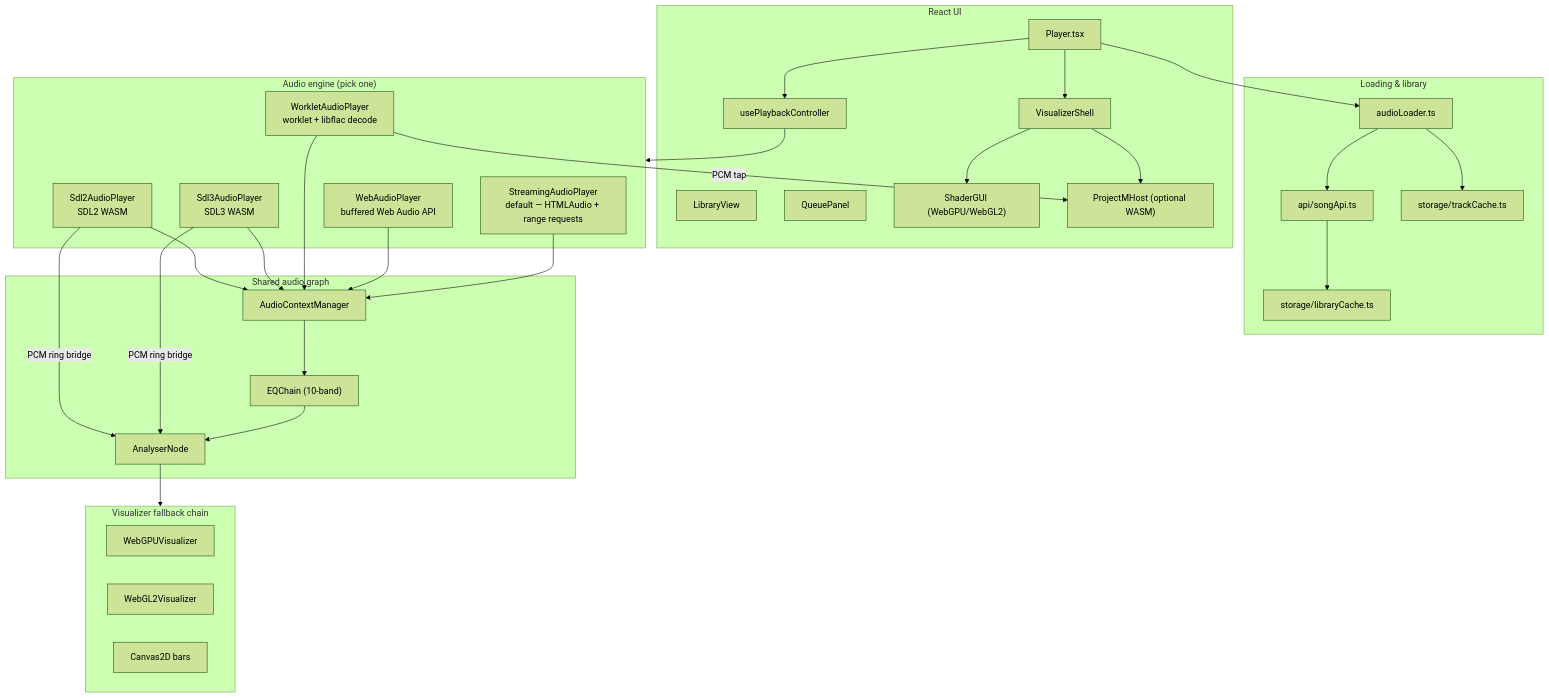
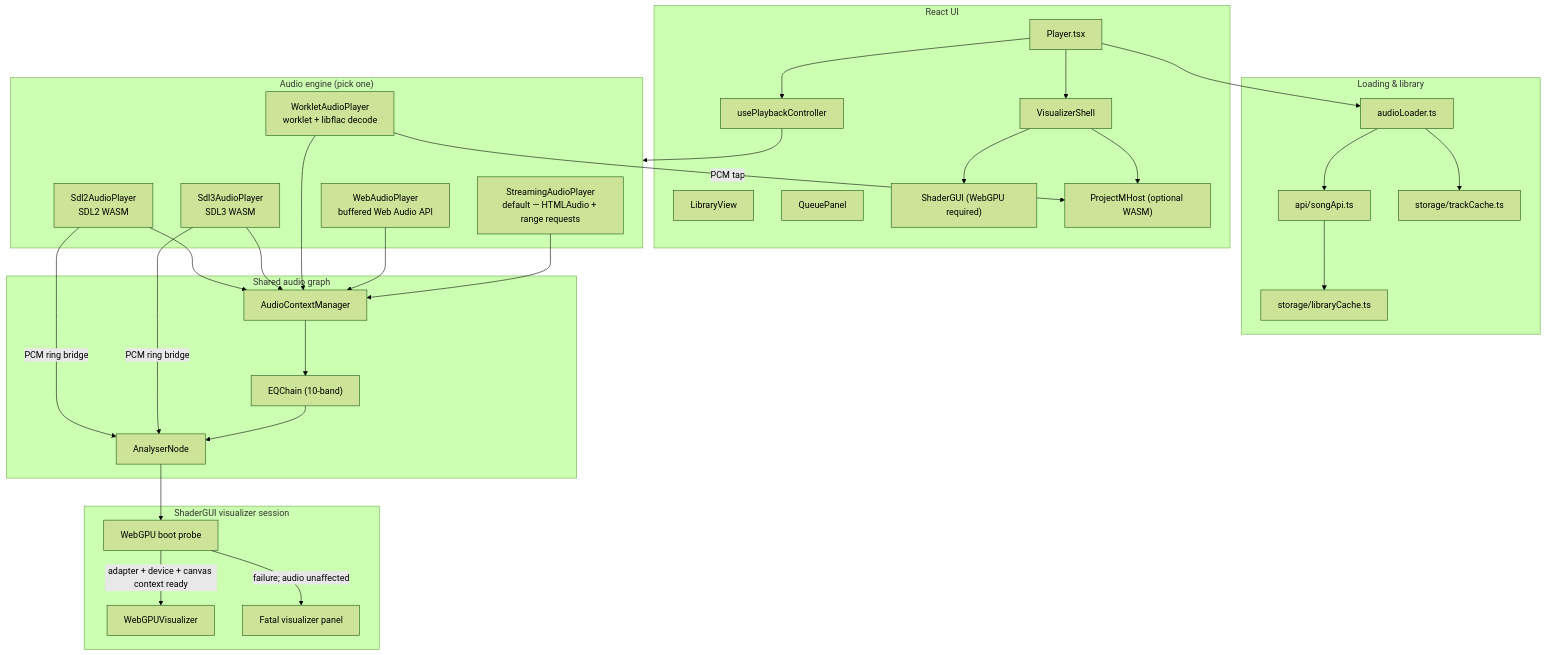
Before and after one commit to ford442/flac_player: the diagram in docs/ARCHITECTURE.md, drawn with Mermaid (forest theme). The commit also changed other lines of this file and 27 other files, not shown here.

````diff
--- a/docs/ARCHITECTURE.md
+++ b/docs/ARCHITECTURE.md
@@ -9,60 +9,62 @@
 ```mermaid
 flowchart TB
   subgraph UI["React UI"]
     Player["Player.tsx"]
     Controller["usePlaybackController"]
     Library["LibraryView"]
     Queue["QueuePanel"]
     Shell["VisualizerShell"]
-    ShaderGUI["ShaderGUI (WebGPU/WebGL2)"]
+    ShaderGUI["ShaderGUI (WebGPU required)"]
     ProjectM["ProjectMHost (optional WASM)"]
   end
 
   subgraph Audio["Audio engine (pick one)"]
     Streaming["StreamingAudioPlayer<br/>default — HTMLAudio + range requests"]
     WebAudio["WebAudioPlayer<br/>buffered Web Audio API"]
     Worklet["WorkletAudioPlayer<br/>worklet + libflac decode"]
     SDL3["Sdl3AudioPlayer<br/>SDL3 WASM"]
     SDL2["Sdl2AudioPlayer<br/>SDL2 WASM"]
   end
 
   subgraph Load["Loading & library"]
     Loader["audioLoader.ts"]
     SongApi["api/songApi.ts"]
     TrackCache["storage/trackCache.ts"]
     LibCache["storage/libraryCache.ts"]
   end
 
   subgraph FX["Shared audio graph"]
     ACM["AudioContextManager"]
     EQ["EQChain (10-band)"]
     Analyser["AnalyserNode"]
   end
 
-  subgraph Viz["Visualizer fallback chain"]
+  subgraph Viz["ShaderGUI visualizer session"]
+    Probe["WebGPU boot probe"]
     WebGPU["WebGPUVisualizer"]
-    WebGL2["WebGL2Visualizer"]
-    Canvas2D["Canvas2D bars"]
+    Fatal["Fatal visualizer panel"]
   end
 
   Player --> Controller
   Controller --> Audio
   Player --> Shell
   Shell --> ShaderGUI
   Shell --> ProjectM
   Player --> Loader
   Loader --> SongApi
   Loader --> TrackCache
   SongApi --> LibCache
 
   Streaming --> ACM
   WebAudio --> ACM
   Worklet --> ACM
   SDL3 --> ACM
   SDL2 --> ACM
   ACM --> EQ --> Analyser
-  Analyser --> Viz
+  Analyser --> Probe
+  Probe -->|adapter + device + canvas context ready| WebGPU
+  Probe -->|failure; audio unaffected| Fatal
   Worklet -->|PCM tap| ProjectM
   SDL3 -->|PCM ring bridge| Analyser
   SDL2 -->|PCM ring bridge| Analyser
 ```
````
